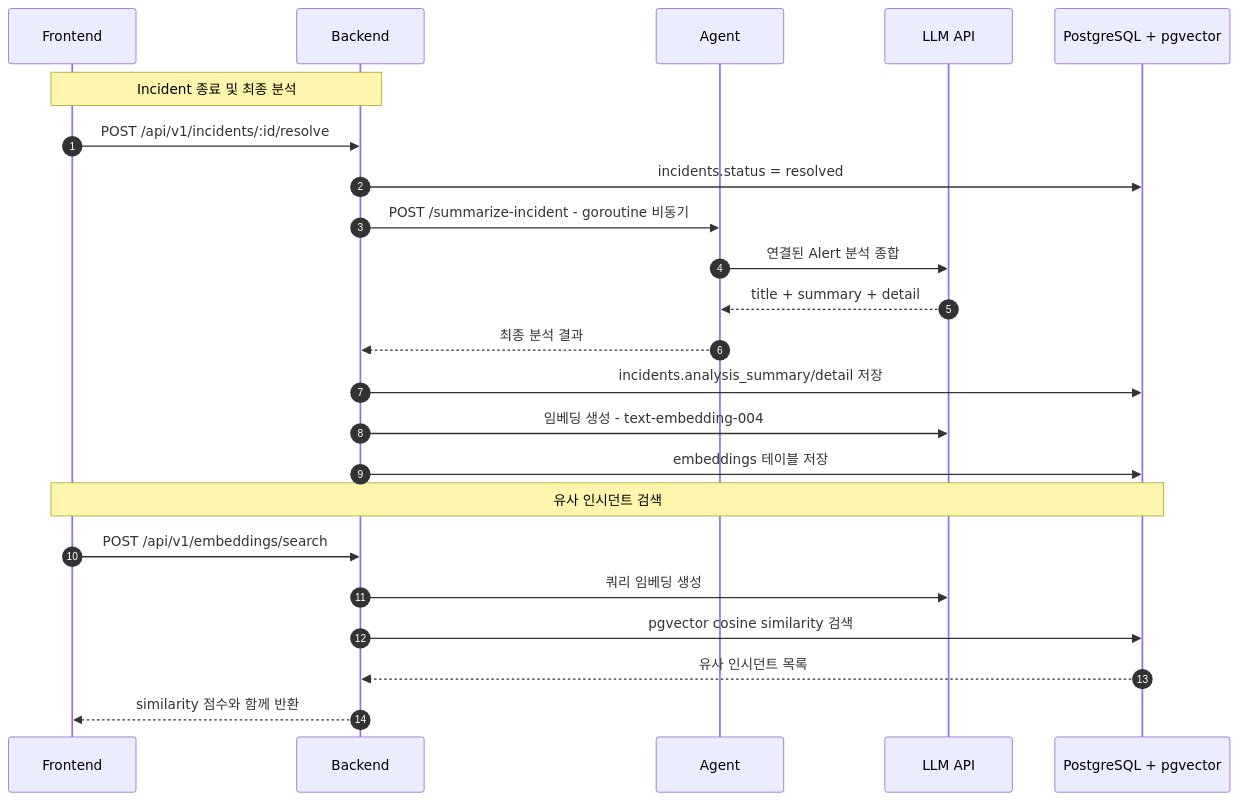
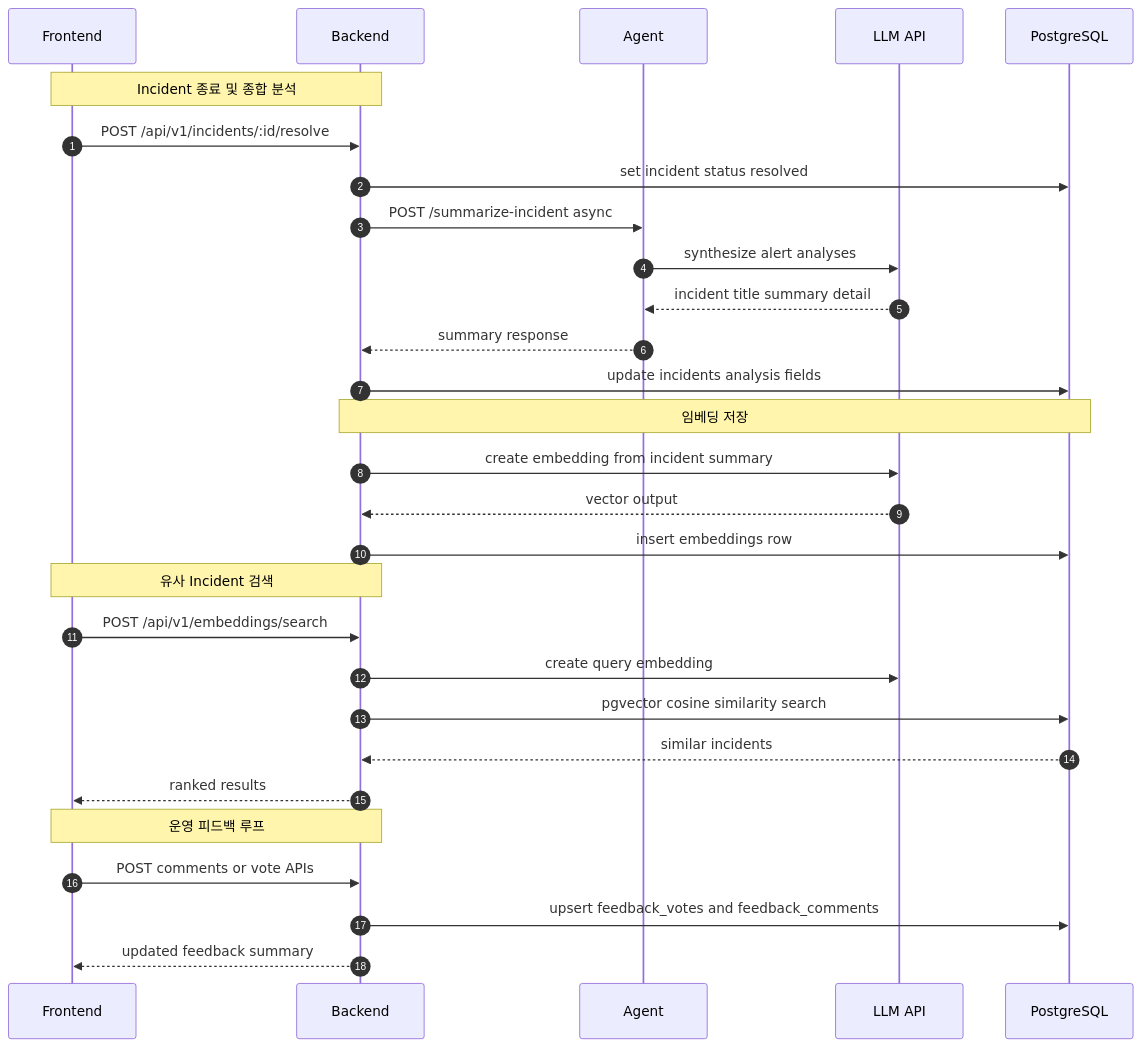
The diagram in docs/diagrams/incident_analysis_sequence_diagram.md (kube-rca/kuberca), drawn with Mermaid before and after one commit. The commit also changed 6 other files, not shown here.

Commit message:
docs: sync architecture and runtime docs with current implementation

````diff
--- a/docs/diagrams/incident_analysis_sequence_diagram.md
+++ b/docs/diagrams/incident_analysis_sequence_diagram.md
@@ -1,27 +1,35 @@
 ```mermaid
 sequenceDiagram
   autonumber
   participant FE as Frontend
   participant BE as Backend
   participant AG as Agent
   participant LLM as LLM API
-  participant DB as PostgreSQL + pgvector
+  participant DB as PostgreSQL
 
-  Note over FE,BE: Incident 종료 및 최종 분석
+  Note over FE,BE: Incident 종료 및 종합 분석
   FE->>BE: POST /api/v1/incidents/:id/resolve
-  BE->>DB: incidents.status = resolved
-  BE->>AG: POST /summarize-incident - goroutine 비동기
-  AG->>LLM: 연결된 Alert 분석 종합
-  LLM-->>AG: title + summary + detail
-  AG-->>BE: 최종 분석 결과
-  BE->>DB: incidents.analysis_summary/detail 저장
-  BE->>LLM: 임베딩 생성 - text-embedding-004
-  BE->>DB: embeddings 테이블 저장
+  BE->>DB: set incident status resolved
+  BE->>AG: POST /summarize-incident async
+  AG->>LLM: synthesize alert analyses
+  LLM-->>AG: incident title summary detail
+  AG-->>BE: summary response
+  BE->>DB: update incidents analysis fields
 
-  Note over FE,DB: 유사 인시던트 검색
+  Note over BE,DB: 임베딩 저장
+  BE->>LLM: create embedding from incident summary
+  LLM-->>BE: vector output
+  BE->>DB: insert embeddings row
+
+  Note over FE,BE: 유사 Incident 검색
   FE->>BE: POST /api/v1/embeddings/search
-  BE->>LLM: 쿼리 임베딩 생성
-  BE->>DB: pgvector cosine similarity 검색
-  DB-->>BE: 유사 인시던트 목록
-  BE-->>FE: similarity 점수와 함께 반환
+  BE->>LLM: create query embedding
+  BE->>DB: pgvector cosine similarity search
+  DB-->>BE: similar incidents
+  BE-->>FE: ranked results
+
+  Note over FE,BE: 운영 피드백 루프
+  FE->>BE: POST comments or vote APIs
+  BE->>DB: upsert feedback_votes and feedback_comments
+  BE-->>FE: updated feedback summary
 ```
````
